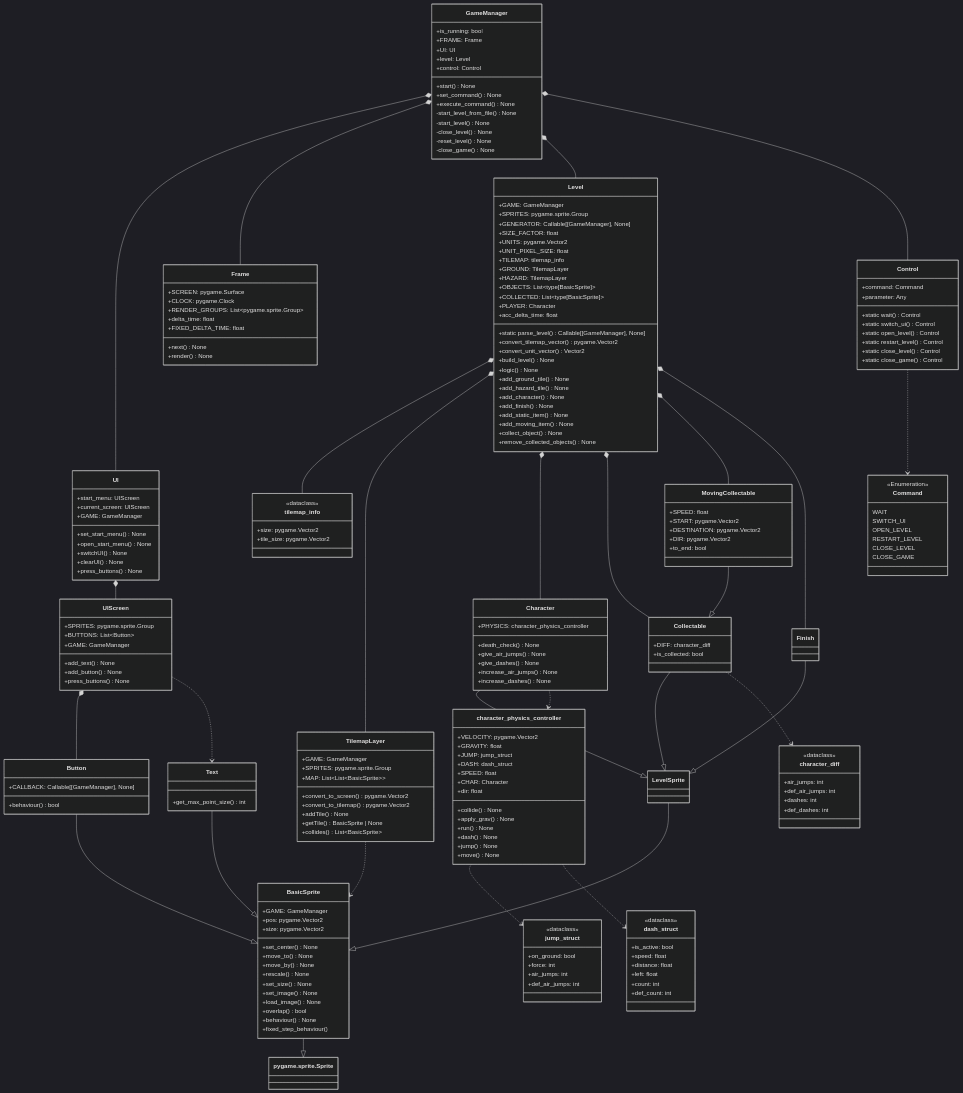
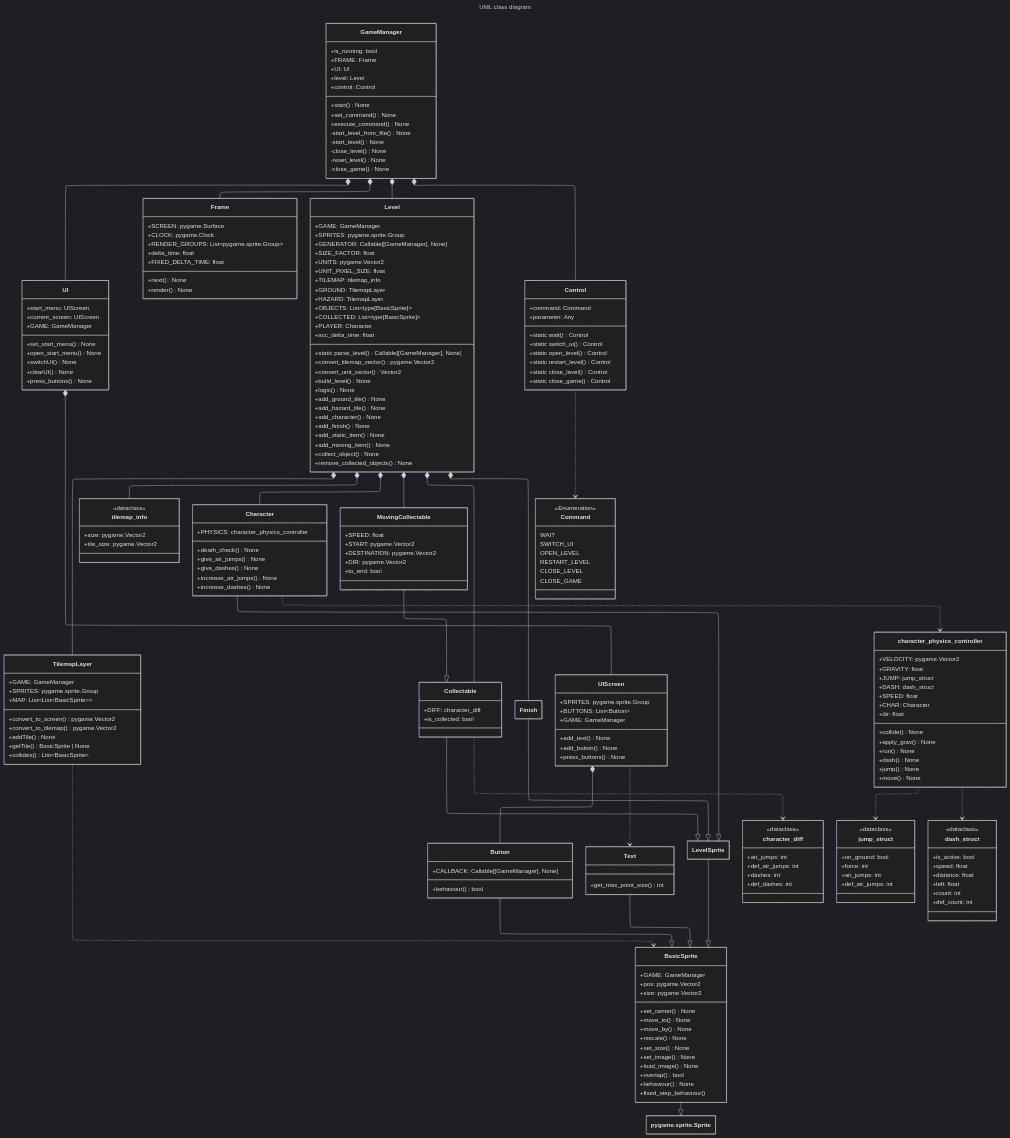
The diagram in README.md (Bobafett89/PythonProject), drawn with Mermaid (dark theme) before and after one commit. The commit also changed other lines of this file, not shown here.

````diff
--- a/README.md
+++ b/README.md
@@ -1,4 +34,11 @@
 ```mermaid
+---
+title: UML class diagram
+config:
+  layout: elk
+  class:
+    hideEmptyMembersBox: true
+---
 classDiagram
 	GameManager *-- UI
 	GameManager *-- Frame
@@ -119,8 +159,7 @@
 		+behaviour() None
 		+fixed_step_behaviour()
 	}
-	class LevelSprite {
-	}
+	class LevelSprite
 	class Character {
 		+PHYSICS: character_physics_controller
 		+death_check() None
@@ -139,8 +178,7 @@
 		+getTile() BasicSprite | None
 		+collides() List~BasicSprite~
 	}
-	class Finish {
-	}
+	class Finish
 	class Collectable {
 		+DIFF: character_diff
 		+is_collected: bool
````
